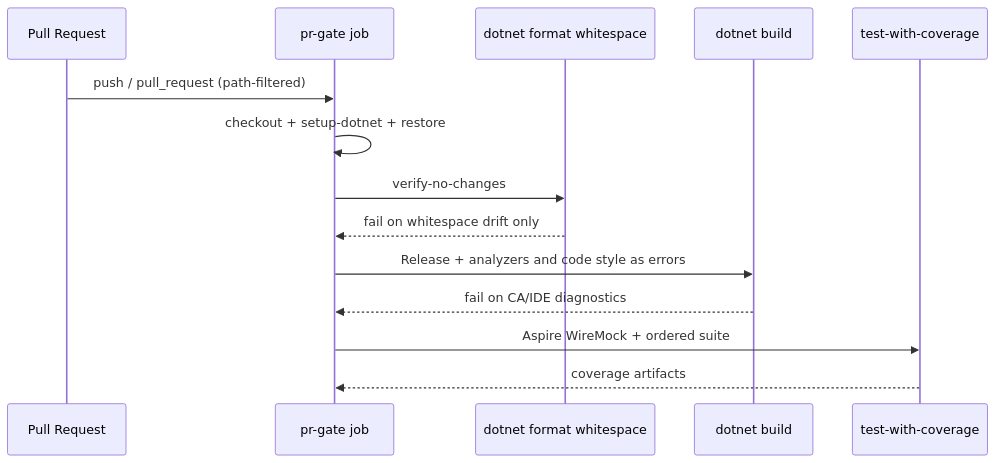
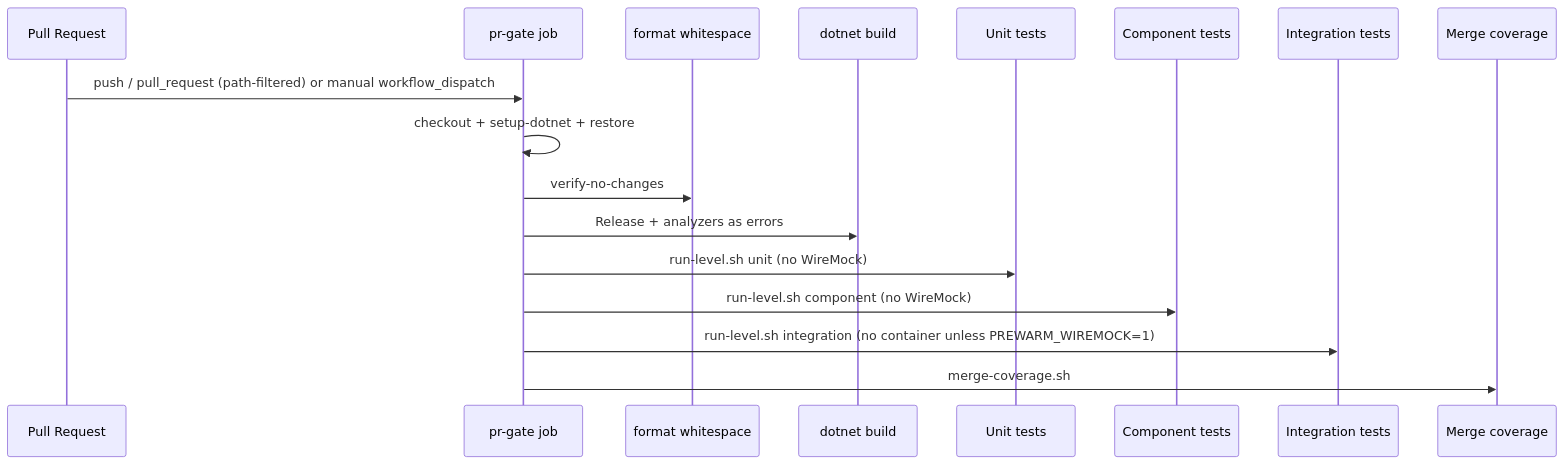
The diagram in .github/CI_AGENTS.md (generic-automation-and-it/smooth-ai-stockanalysis), drawn with Mermaid before and after one commit. The commit also changed other lines of this file and 22 other files, not shown here.

First line of the commit message:
test[10]: separate test levels and enforce layer boundaries in the build (#269)

````diff
--- a/.github/CI_AGENTS.md
+++ b/.github/CI_AGENTS.md
@@ -21,17 +30,20 @@
 ```mermaid
 sequenceDiagram
     participant PR as Pull Request
     participant Gate as pr-gate job
-    participant Format as dotnet format whitespace
+    participant Format as format whitespace
     participant Build as dotnet build
-    participant Tests as test-with-coverage
+    participant Unit as Unit tests
+    participant Comp as Component tests
+    participant Integ as Integration tests
+    participant Cov as Merge coverage
 
-    PR->>Gate: push / pull_request (path-filtered)
+    PR->>Gate: push / pull_request (path-filtered) or manual workflow_dispatch
     Gate->>Gate: checkout + setup-dotnet + restore
     Gate->>Format: verify-no-changes
-    Format-->>Gate: fail on whitespace drift only
-    Gate->>Build: Release + analyzers and code style as errors
-    Build-->>Gate: fail on CA/IDE diagnostics
-    Gate->>Tests: Aspire WireMock + ordered suite
-    Tests-->>Gate: coverage artifacts
+    Gate->>Build: Release + analyzers as errors
+    Gate->>Unit: run-level.sh unit (no WireMock)
+    Gate->>Comp: run-level.sh component (no WireMock)
+    Gate->>Integ: run-level.sh integration (no container unless PREWARM_WIREMOCK=1)
+    Gate->>Cov: merge-coverage.sh
 ```
````
